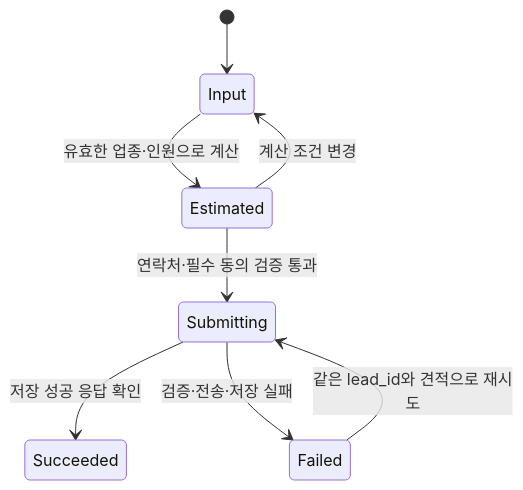
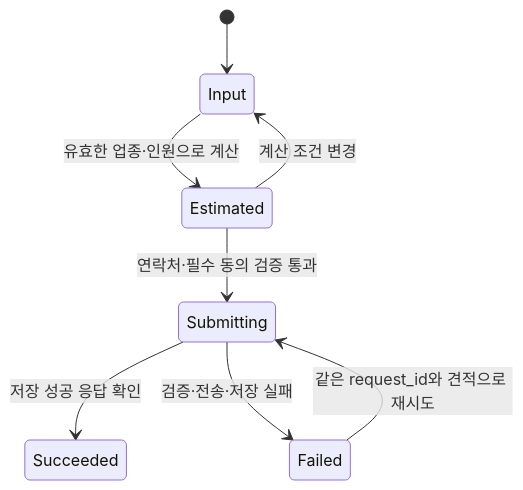
The second of 2 diagrams in docs/planning/quick-estimate-pr-roadmap.md (leekwansootv-creator/4refund), drawn with Mermaid before and after one commit. The commit also changed other lines of this file and 1 other file, not shown here.

````diff
--- a/docs/planning/quick-estimate-pr-roadmap.md
+++ b/docs/planning/quick-estimate-pr-roadmap.md
@@ -555,10 +555,10 @@
 ```mermaid
 stateDiagram-v2
     [*] --> Input
     Input --> Estimated: 유효한 업종·인원으로 계산
     Estimated --> Submitting: 연락처·필수 동의 검증 통과
     Submitting --> Succeeded: 저장 성공 응답 확인
     Submitting --> Failed: 검증·전송·저장 실패
-    Failed --> Submitting: 같은 lead_id와 견적으로 재시도
+    Failed --> Submitting: 같은 request_id와 견적으로 재시도
     Estimated --> Input: 계산 조건 변경
 ```
````
